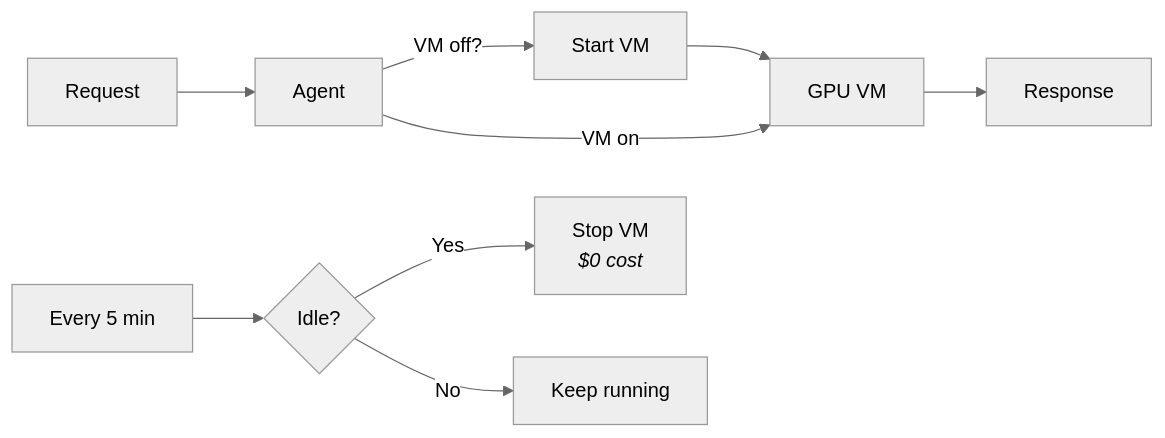
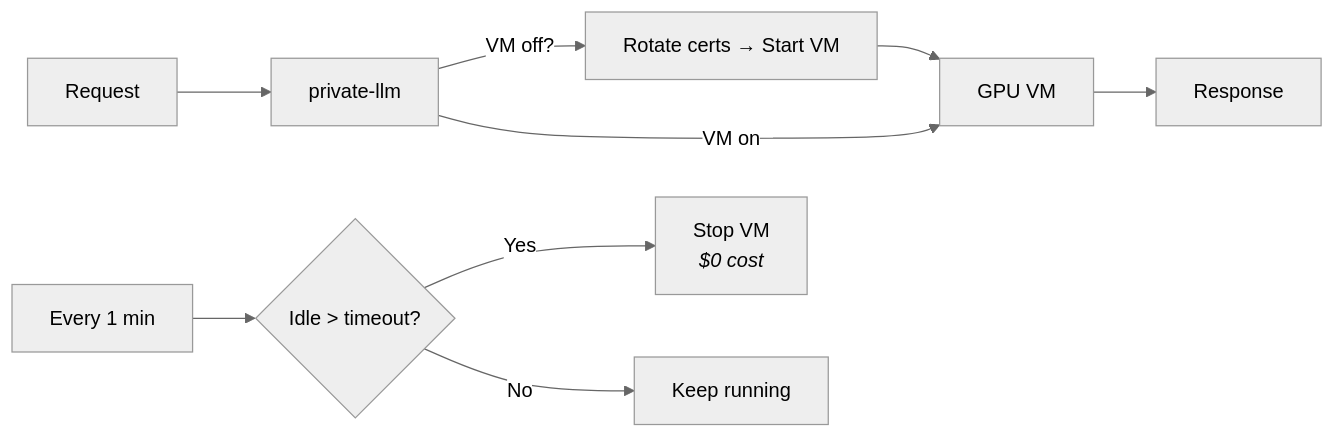
Before and after one commit to stewartpark/private-llm: the diagram in README.md, drawn with Mermaid (neutral theme). The commit also changed other lines of this file and 60 other files, not shown here.

````diff
--- a/README.md
+++ b/README.md
@@ -138,11 +217,11 @@
 ```mermaid
 flowchart LR
-    Request["Request"] --> Agent["Agent"]
-    Agent -->|"VM off?"| Start["Start VM"] --> VM
-    Agent -->|"VM on"| VM["GPU VM"]
+    Request["Request"] --> Proxy["private-llm"]
+    Proxy -->|"VM off?"| Start["Rotate certs → Start VM"] --> VM
+    Proxy -->|"VM on"| VM["GPU VM"]
     VM --> Response["Response"]
 
-    Scheduler["Every 5 min"] --> Check{"Idle?"}
+    Timer["Every 1 min"] --> Check{"Idle > timeout?"}
     Check -->|Yes| Stop["Stop VM<br/><i>$0 cost</i>"]
     Check -->|No| Keep["Keep running"]
 ```
````
